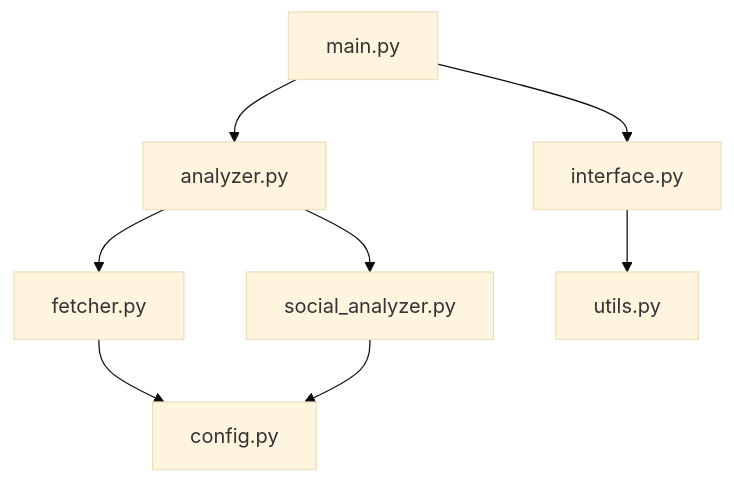
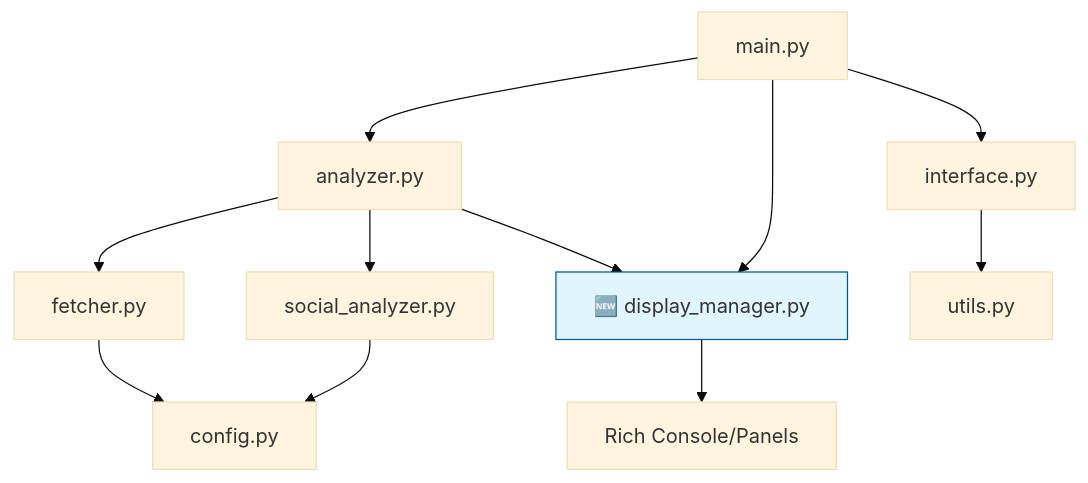
The diagram in crypto-analyzer/agents/README.md (dchesque/token-analytics), drawn with Mermaid (base theme) before and after one commit. The commit also changed other lines of this file and 5 other files, not shown here.

Commit message:
feat: Introduce DisplayManager for enhanced hierarchical data visualization

````diff
--- a/crypto-analyzer/agents/README.md
+++ b/crypto-analyzer/agents/README.md
@@ -22,10 +23,16 @@
 ```mermaid
 graph TD
     A[main.py] --> B[analyzer.py]
+    A --> H[🆕 display_manager.py]
     A --> C[interface.py]
     B --> D[fetcher.py]
     B --> E[social_analyzer.py]
+    B --> H
     D --> F[config.py]
     E --> F
     C --> G[utils.py]
+    H --> I[Rich Console/Panels]
+    
+    style H fill:#e1f5fe
+    style H stroke:#01579b
 ```
````
